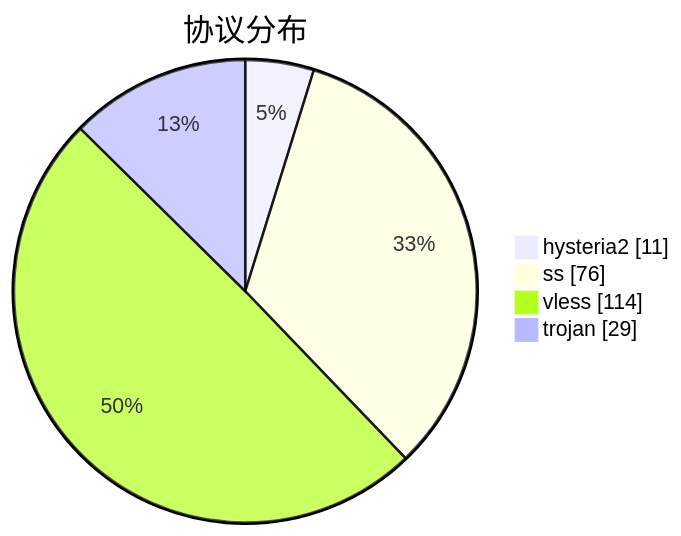
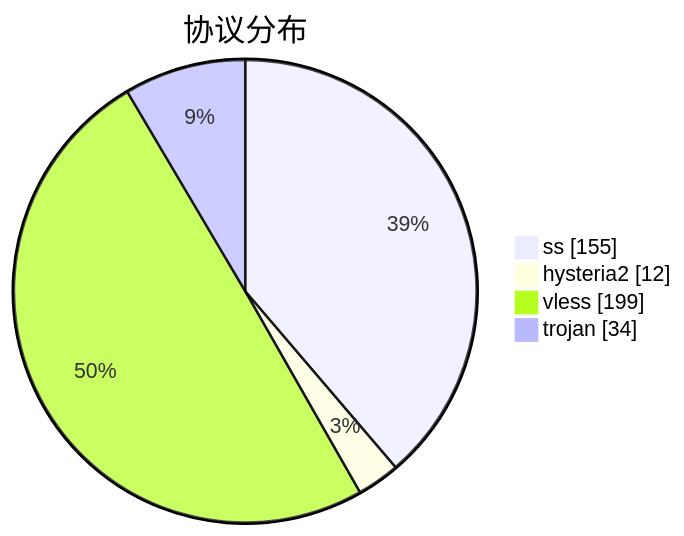
Before and after one commit to qjlxg/airport: the third of 3 diagrams in subs/statistics/tested_within.md, drawn with Mermaid. The commit also changed other lines of this file and 2 other files, not shown here.

````diff
--- a/subs/statistics/tested_within.md
+++ b/subs/statistics/tested_within.md
@@ -19,8 +18,8 @@
 ```mermaid
 pie showData
 title 协议分布
-"hysteria2" : 11
-"ss" : 76
-"vless" : 114
-"trojan" : 29
+"ss" : 155
+"hysteria2" : 12
+"vless" : 199
+"trojan" : 34
 ```
````
